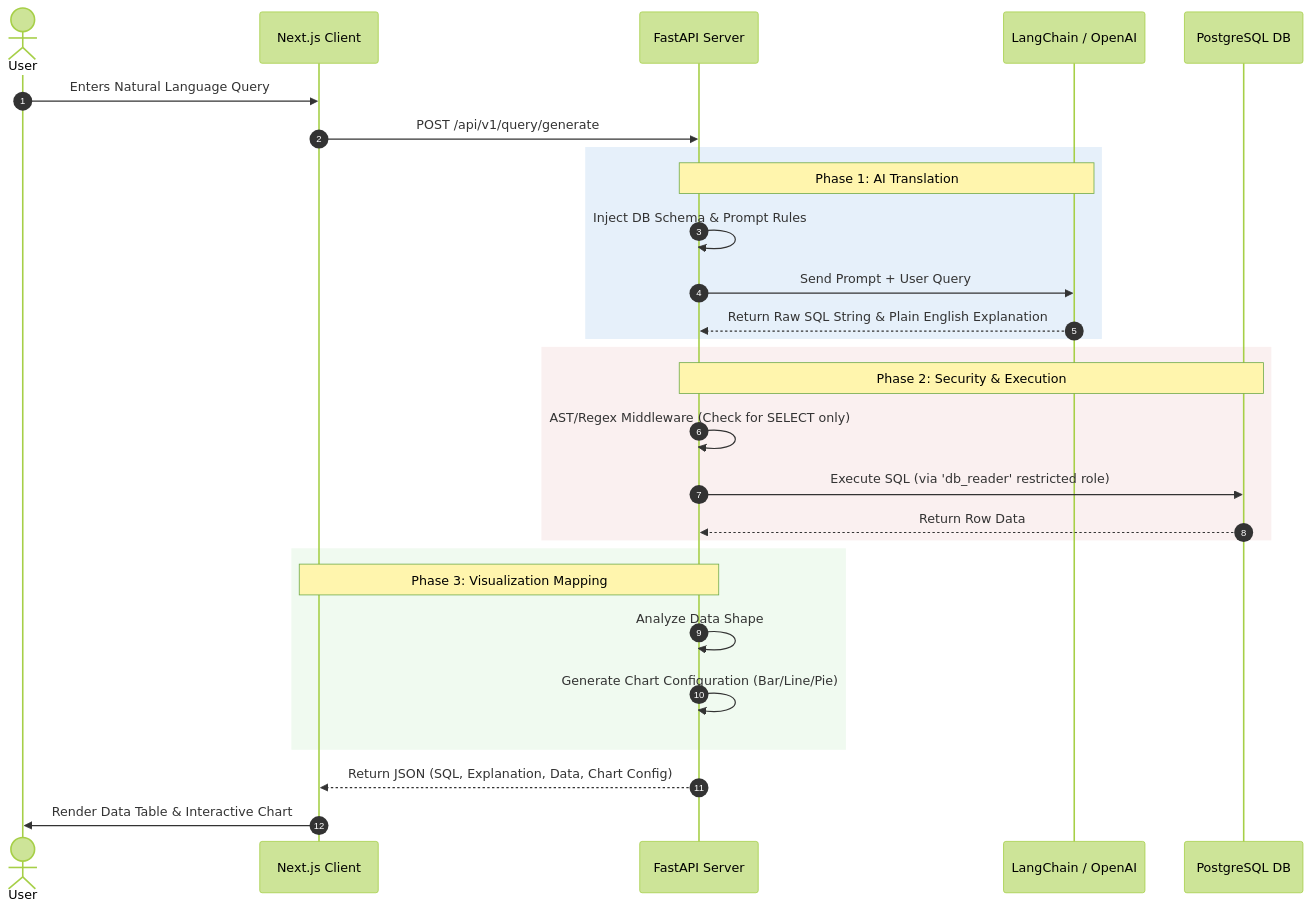
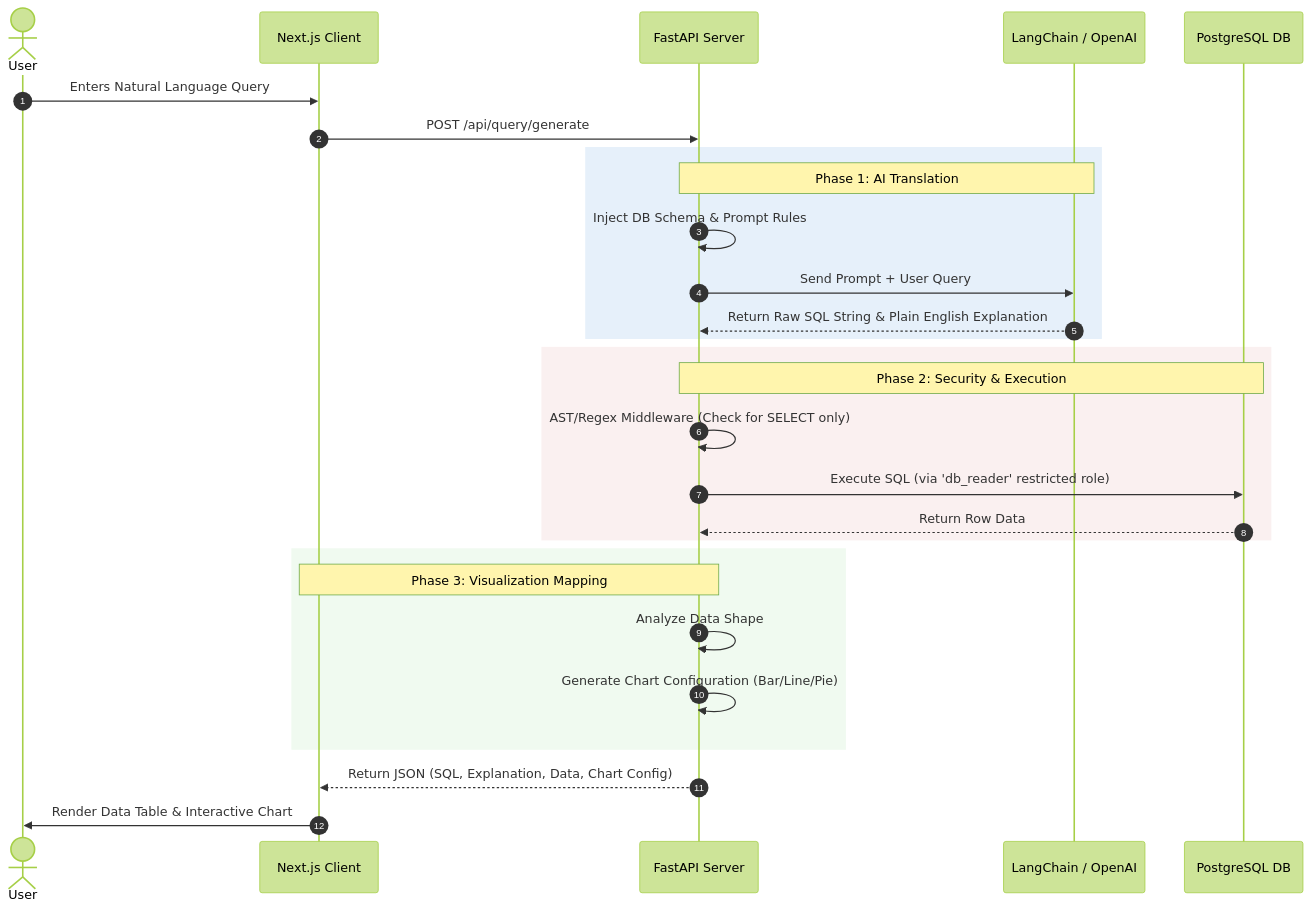
The diagram in docs/ARCHITECTURE.md (Jagaradoz/text-to-sql), drawn with Mermaid (forest theme) before and after one commit. The commit also changed 29 other files, not shown here.

````diff
--- a/docs/ARCHITECTURE.md
+++ b/docs/ARCHITECTURE.md
@@ -17,35 +17,35 @@
 ```mermaid
 sequenceDiagram
     autonumber
     actor User
     participant Frontend as Next.js Client
     participant Backend as FastAPI Server
     participant AI as LangChain / OpenAI
     participant DB as PostgreSQL DB
 
     User->>Frontend: Enters Natural Language Query
-    Frontend->>Backend: POST /api/v1/query/generate
+    Frontend->>Backend: POST /api/query/generate
     
     rect rgb(230, 240, 250)
         Note over Backend,AI: Phase 1: AI Translation
         Backend->>Backend: Inject DB Schema & Prompt Rules
         Backend->>AI: Send Prompt + User Query
         AI-->>Backend: Return Raw SQL String & Plain English Explanation
     end
     
     rect rgb(250, 240, 240)
         Note over Backend,DB: Phase 2: Security & Execution
         Backend->>Backend: AST/Regex Middleware (Check for SELECT only)
         Backend->>DB: Execute SQL (via 'db_reader' restricted role)
         DB-->>Backend: Return Row Data
     end
     
     rect rgb(240, 250, 240)
         Note over Backend,Frontend: Phase 3: Visualization Mapping
         Backend->>Backend: Analyze Data Shape
         Backend->>Backend: Generate Chart Configuration (Bar/Line/Pie)
     end
     
     Backend-->>Frontend: Return JSON (SQL, Explanation, Data, Chart Config)
     Frontend->>User: Render Data Table & Interactive Chart
 ```
````
